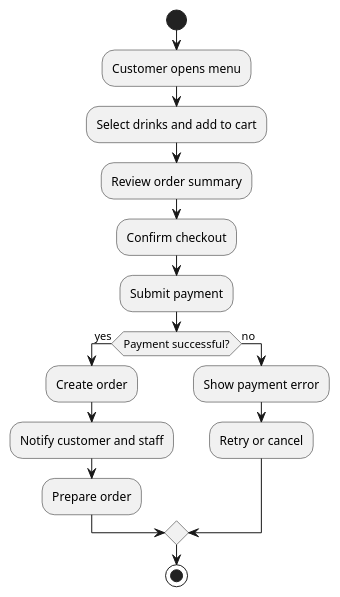
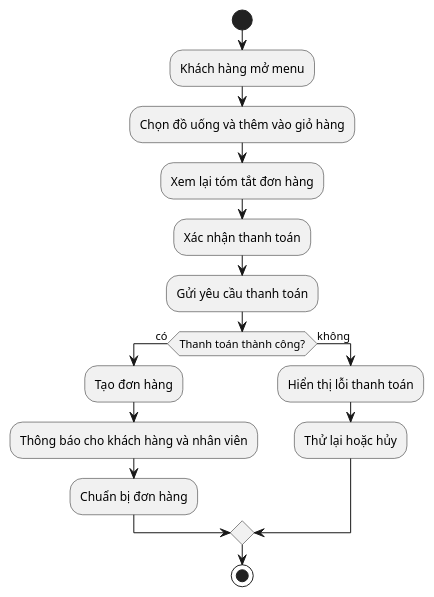
The diagram in docs/diagrams/activity-end-to-end.puml (supergigachadsupreme300/brewlite2), drawn with PlantUML before and after one commit. The commit also changed 11 other files, not shown here.

```diff
--- a/docs/diagrams/activity-end-to-end.puml
+++ b/docs/diagrams/activity-end-to-end.puml
@@ -1,17 +1,17 @@
 @startuml
 start
-:Customer opens menu;
-:Select drinks and add to cart;
-:Review order summary;
-:Confirm checkout;
-:Submit payment;
-if (Payment successful?) then (yes)
-  :Create order;
-  :Notify customer and staff;
-  :Prepare order;
-else (no)
-  :Show payment error;
-  :Retry or cancel;
+:Khách hàng mở menu;
+:Chọn đồ uống và thêm vào giỏ hàng;
+:Xem lại tóm tắt đơn hàng;
+:Xác nhận thanh toán;
+:Gửi yêu cầu thanh toán;
+if (Thanh toán thành công?) then (có)
+  :Tạo đơn hàng;
+  :Thông báo cho khách hàng và nhân viên;
+  :Chuẩn bị đơn hàng;
+else (không)
+  :Hiển thị lỗi thanh toán;
+  :Thử lại hoặc hủy;
 endif
 stop
 @enduml
```
